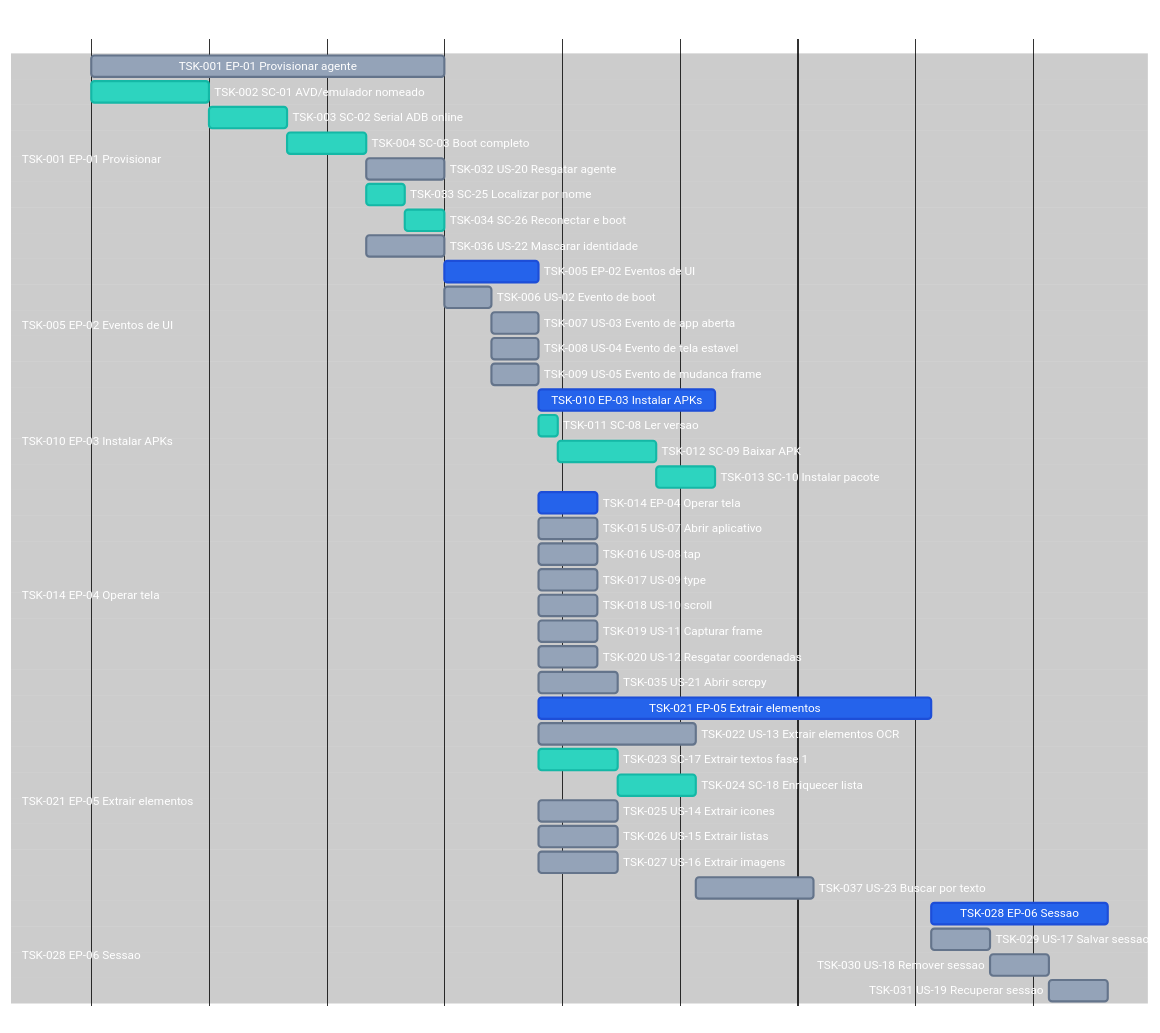
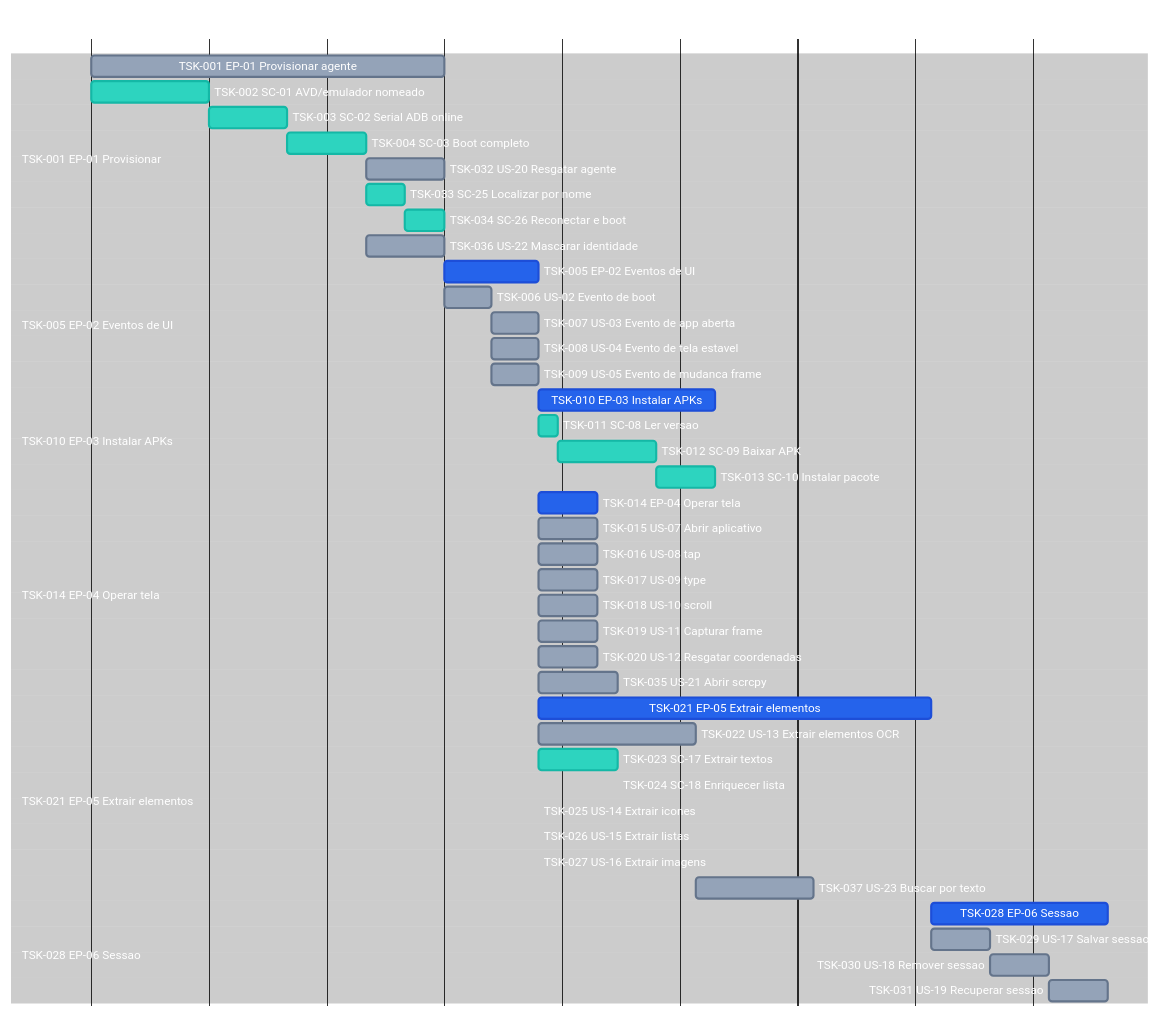
Before and after one commit to laerciogermano/workstation: the diagram in screen-robot/7.tasks.md, drawn with Mermaid. The commit also changed other lines of this file and 19 other files, not shown here.

First line of the commit message:
Documenta extract() só com textos OCR e cancela US-14..16 / SC-18..21 / TSK-024..027.

```diff
--- a/screen-robot/7.tasks.md
+++ b/screen-robot/7.tasks.md
@@ -88,11 +88,11 @@
   section TSK-021 EP-05 Extrair elementos
   TSK-021 EP-05 Extrair elementos       :done, tsk21, after tsk09, 100m
   TSK-022 US-13 Extrair elementos OCR   :tsk22, after tsk09, 40m
-  TSK-023 SC-17 Extrair textos fase 1   :active, tsk23, after tsk09, 20m
-  TSK-024 SC-18 Enriquecer lista        :active, tsk24, after tsk23, 20m
-  TSK-025 US-14 Extrair icones          :tsk25, after tsk09, 20m
-  TSK-026 US-15 Extrair listas          :tsk26, after tsk09, 20m
-  TSK-027 US-16 Extrair imagens         :tsk27, after tsk09, 20m
+  TSK-023 SC-17 Extrair textos          :active, tsk23, after tsk09, 20m
+  TSK-024 SC-18 Enriquecer lista        :crit, tsk24, after tsk23, 0m
+  TSK-025 US-14 Extrair icones          :crit, tsk25, after tsk09, 0m
+  TSK-026 US-15 Extrair listas          :crit, tsk26, after tsk09, 0m
+  TSK-027 US-16 Extrair imagens         :crit, tsk27, after tsk09, 0m
   TSK-037 US-23 Buscar por texto        :tsk37, after tsk22, 30m
 
   section TSK-028 EP-06 Sessao
```
